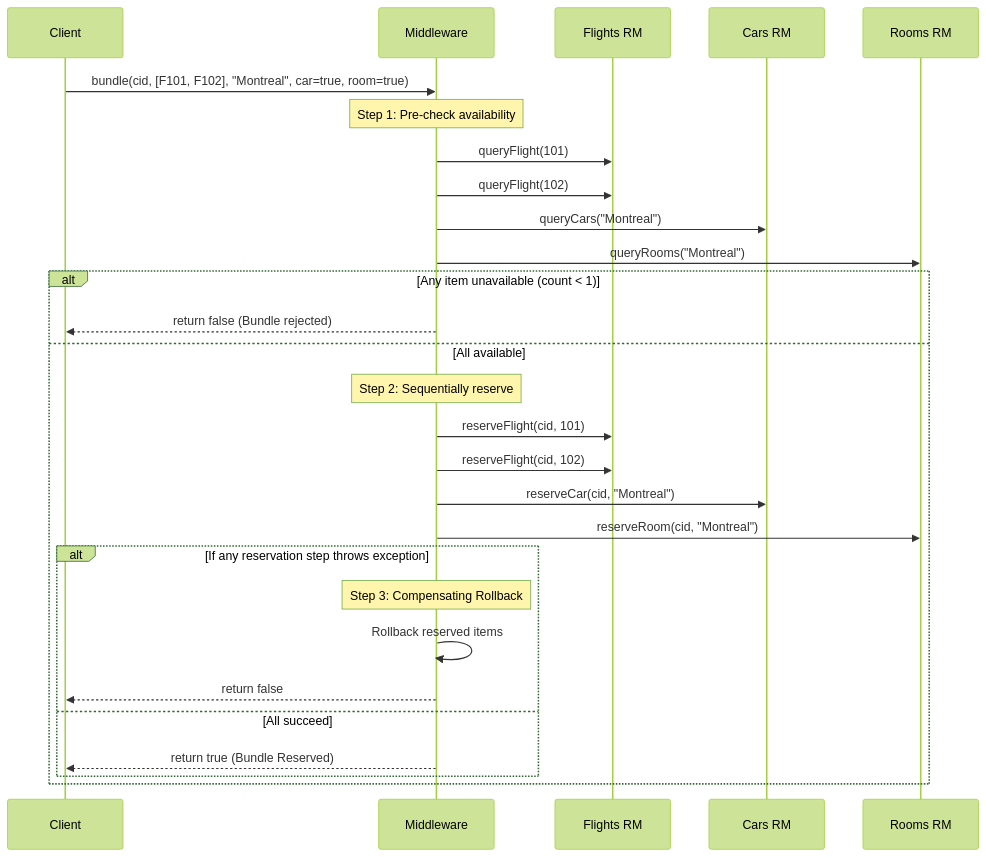
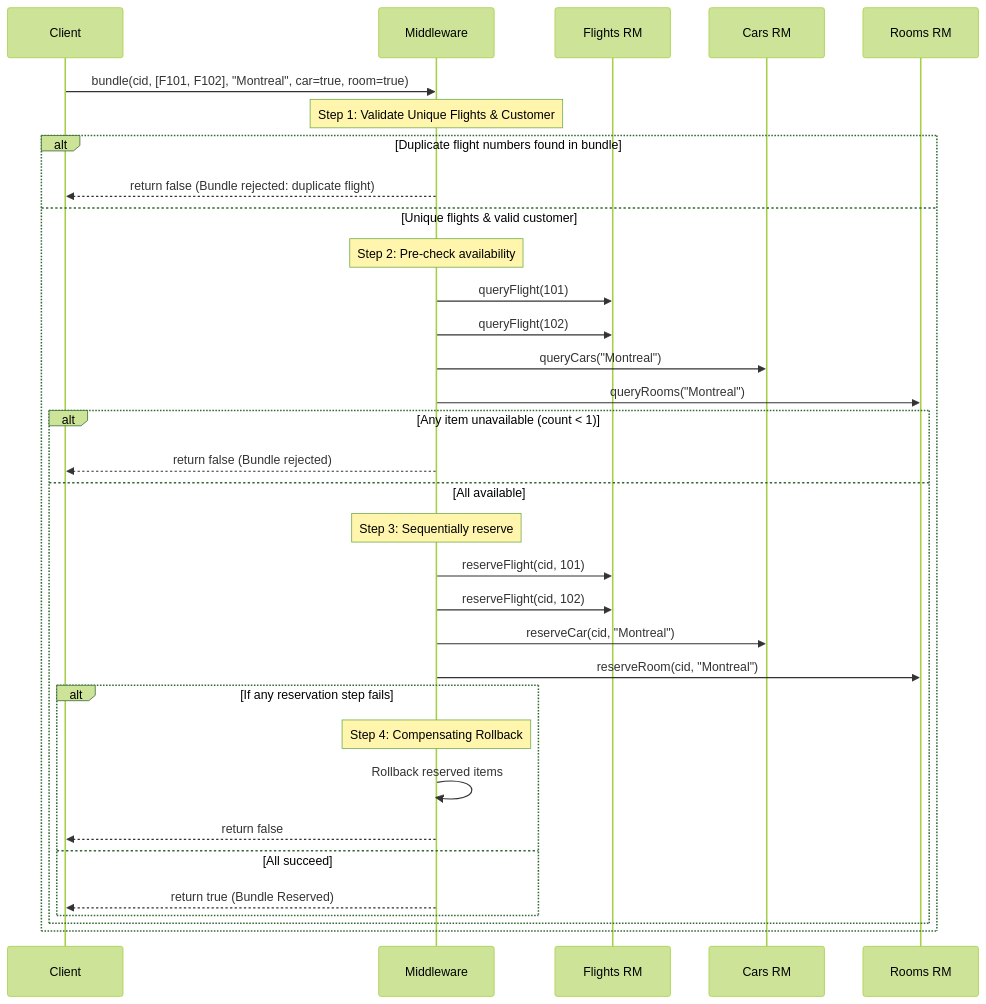
The third of 4 diagrams in gemini.md (Nhucanada/COMP512), drawn with Mermaid (forest theme) before and after one commit. The commit also changed other lines of this file and 7 other files, not shown here.

````diff
--- a/gemini.md
+++ b/gemini.md
@@ -348,31 +350,36 @@
 ```mermaid
 sequenceDiagram
     participant C as Client
     participant MW as Middleware
     participant F as Flights RM
     participant Cars as Cars RM
     participant Rooms as Rooms RM
 
     C->>MW: bundle(cid, [F101, F102], "Montreal", car=true, room=true)
-    Note over MW: Step 1: Pre-check availability
-    MW->>F: queryFlight(101)
-    MW->>F: queryFlight(102)
-    MW->>Cars: queryCars("Montreal")
-    MW->>Rooms: queryRooms("Montreal")
-    alt Any item unavailable (count < 1)
-        MW-->>C: return false (Bundle rejected)
-    else All available
-        Note over MW: Step 2: Sequentially reserve
-        MW->>F: reserveFlight(cid, 101)
-        MW->>F: reserveFlight(cid, 102)
-        MW->>Cars: reserveCar(cid, "Montreal")
-        MW->>Rooms: reserveRoom(cid, "Montreal")
-        alt If any reservation step throws exception
-            Note over MW: Step 3: Compensating Rollback
-            MW->>MW: Rollback reserved items
-            MW-->>C: return false
-        else All succeed
-            MW-->>C: return true (Bundle Reserved)
+    Note over MW: Step 1: Validate Unique Flights & Customer
+    alt Duplicate flight numbers found in bundle
+        MW-->>C: return false (Bundle rejected: duplicate flight)
+    else Unique flights & valid customer
+        Note over MW: Step 2: Pre-check availability
+        MW->>F: queryFlight(101)
+        MW->>F: queryFlight(102)
+        MW->>Cars: queryCars("Montreal")
+        MW->>Rooms: queryRooms("Montreal")
+        alt Any item unavailable (count < 1)
+            MW-->>C: return false (Bundle rejected)
+        else All available
+            Note over MW: Step 3: Sequentially reserve
+            MW->>F: reserveFlight(cid, 101)
+            MW->>F: reserveFlight(cid, 102)
+            MW->>Cars: reserveCar(cid, "Montreal")
+            MW->>Rooms: reserveRoom(cid, "Montreal")
+            alt If any reservation step fails
+                Note over MW: Step 4: Compensating Rollback
+                MW->>MW: Rollback reserved items
+                MW-->>C: return false
+            else All succeed
+                MW-->>C: return true (Bundle Reserved)
+            end
         end
     end
 ```
````
